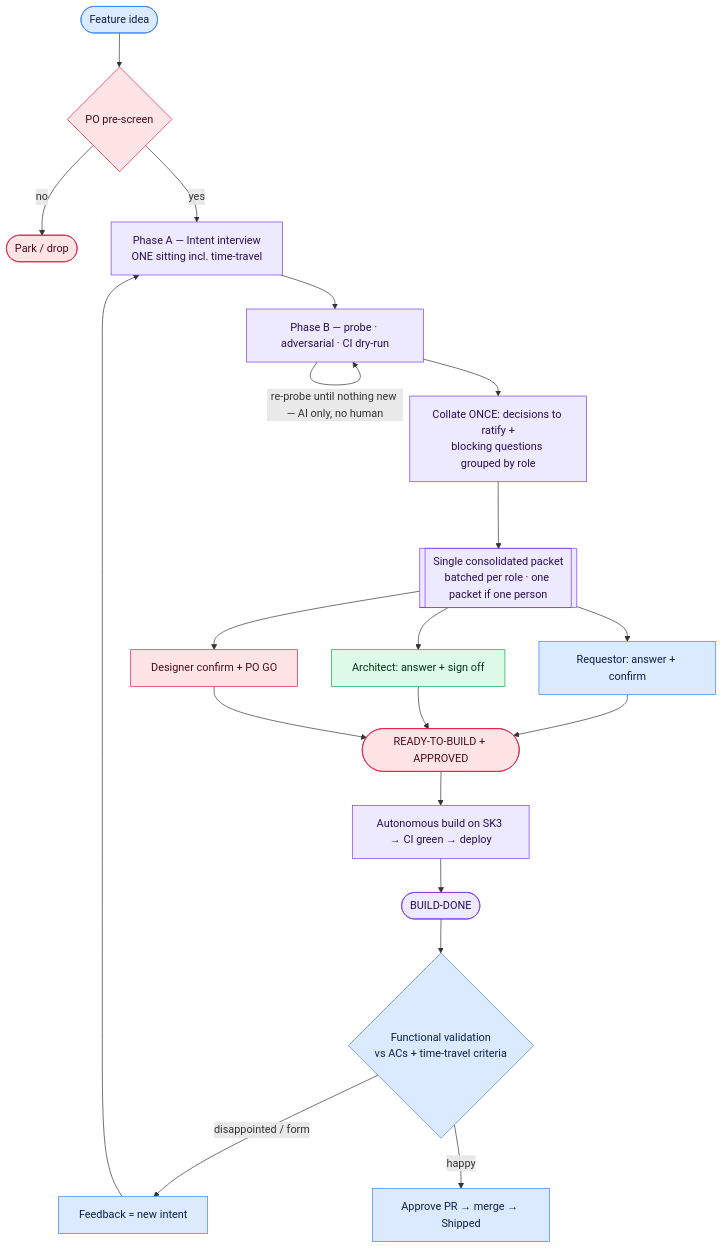
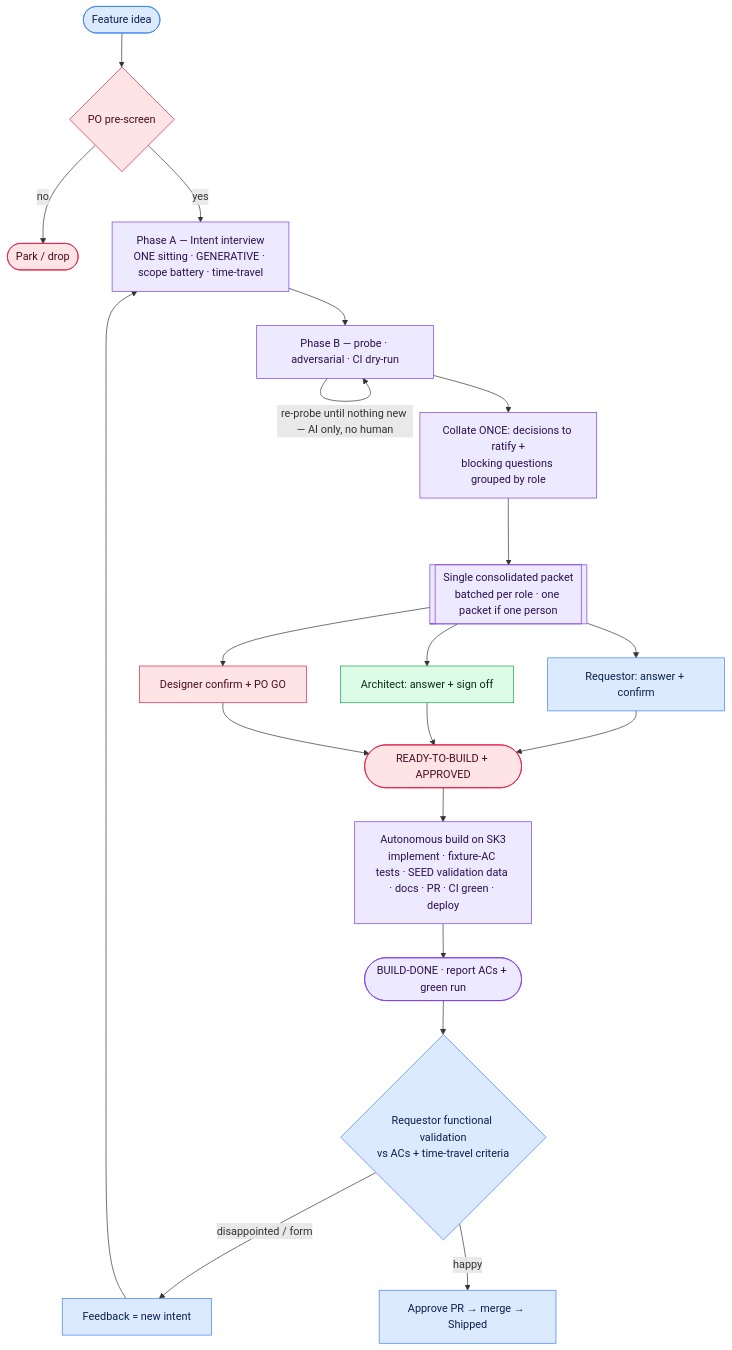
The diagram in docs/process/definition-of-ready.md (Fortigi/IdentityAtlas), drawn with Mermaid before and after one commit. The commit also changed other lines of this file, not shown here.

First line of the commit message:
docs: Definition of Ready v3.2 — generative interview + scope battery, validation-data seeding

````diff
--- a/docs/process/definition-of-ready.md
+++ b/docs/process/definition-of-ready.md
@@ -11,27 +11,27 @@
 ```mermaid
 flowchart TD
   classDef req fill:#dbeafe,stroke:#3b82f6,color:#0b1f4d
   classDef ai fill:#ede9fe,stroke:#7c3aed,color:#2a0f52
   classDef arch fill:#dcfce7,stroke:#16a34a,color:#0a2e14
   classDef po fill:#ffe4e6,stroke:#e11d48,color:#4a0a1e
 
   start([Feature idea]):::req --> pre{PO pre-screen}:::po
   pre -->|no| drop([Park / drop]):::po
-  pre -->|yes| intv[Phase A — Intent interview<br/>ONE sitting incl. time-travel]:::ai
+  pre -->|yes| intv[Phase A — Intent interview<br/>ONE sitting · GENERATIVE · scope battery · time-travel]:::ai
   intv --> probe[Phase B — probe · adversarial · CI dry-run]:::ai
   probe -->|re-probe until nothing new — AI only, no human| probe
   probe --> collate[Collate ONCE: decisions to ratify +<br/>blocking questions grouped by role]:::ai
   collate --> packet[[Single consolidated packet<br/>batched per role · one packet if one person]]:::ai
   packet --> c1[Requestor: answer + confirm]:::req
   packet --> c2[Architect: answer + sign off]:::arch
   packet --> c3[Designer confirm + PO GO]:::po
   c1 --> rtb([READY-TO-BUILD + APPROVED]):::po
   c2 --> rtb
   c3 --> rtb
-  rtb --> build[Autonomous build on SK3 → CI green → deploy]:::ai
-  build --> bd([BUILD-DONE]):::ai
-  bd --> val{Functional validation<br/>vs ACs + time-travel criteria}:::req
+  rtb --> build[Autonomous build on SK3<br/>implement · fixture-AC tests · SEED validation data · docs · PR · CI green · deploy]:::ai
+  build --> bd([BUILD-DONE · report ACs + green run]):::ai
+  bd --> val{Requestor functional validation<br/>vs ACs + time-travel criteria}:::req
   val -->|disappointed / form| fb[Feedback = new intent]:::req
   fb --> intv
   val -->|happy| appr[Approve PR → merge → Shipped]:::req
 ```
````
